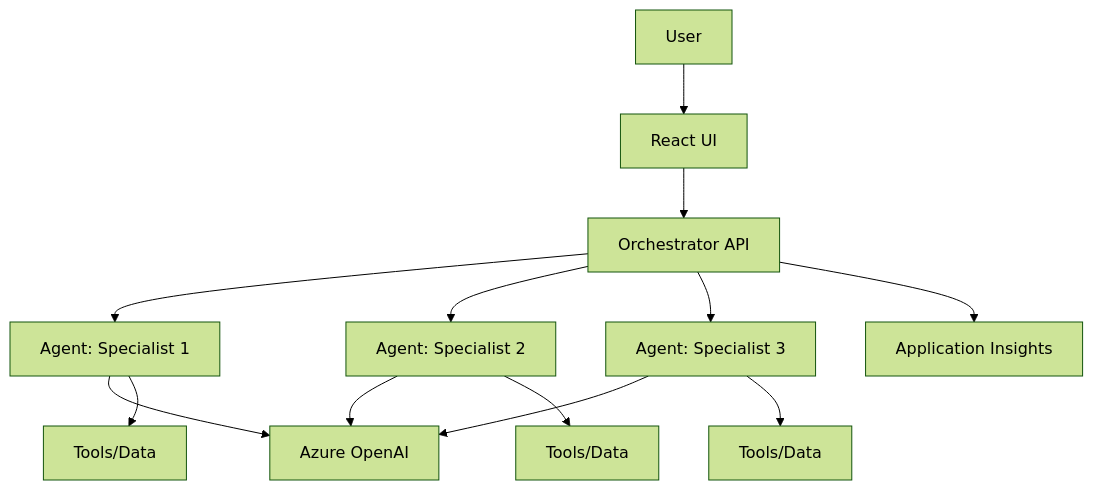
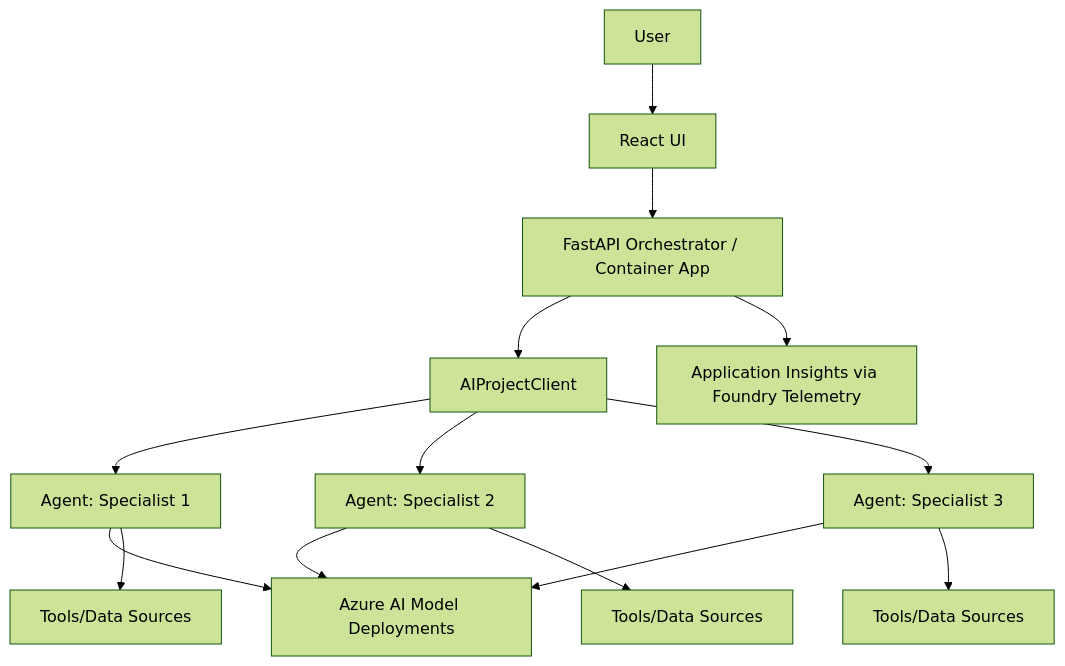
Before and after one commit to kumaraksh1/foundry-template-skill: the diagram in references/multi-agent.md, drawn with Mermaid (forest theme). The commit also changed other lines of this file and 14 other files, not shown here.

````diff
--- a/references/multi-agent.md
+++ b/references/multi-agent.md
@@ -8,15 +8,16 @@
 ```mermaid
 graph TB
     User[User] --> Frontend[React UI]
-    Frontend --> Orchestrator[Orchestrator API]
-    Orchestrator --> Agent1[Agent: Specialist 1]
-    Orchestrator --> Agent2[Agent: Specialist 2]
-    Orchestrator --> Agent3[Agent: Specialist 3]
-    Agent1 --> OpenAI[Azure OpenAI]
-    Agent2 --> OpenAI
-    Agent3 --> OpenAI
-    Agent1 --> Tools1[Tools/Data]
-    Agent2 --> Tools2[Tools/Data]
-    Agent3 --> Tools3[Tools/Data]
-    Orchestrator --> AppInsights[Application Insights]
+    Frontend --> API[FastAPI Orchestrator / Container App]
+    API --> ProjectClient[AIProjectClient]
+    ProjectClient --> Agent1[Agent: Specialist 1]
+    ProjectClient --> Agent2[Agent: Specialist 2]
+    ProjectClient --> Agent3[Agent: Specialist 3]
+    Agent1 --> Model[Azure AI Model Deployments]
+    Agent2 --> Model
+    Agent3 --> Model
+    Agent1 --> Tools1[Tools/Data Sources]
+    Agent2 --> Tools2[Tools/Data Sources]
+    Agent3 --> Tools3[Tools/Data Sources]
+    API --> AppInsights[Application Insights via Foundry Telemetry]
 ```
````
